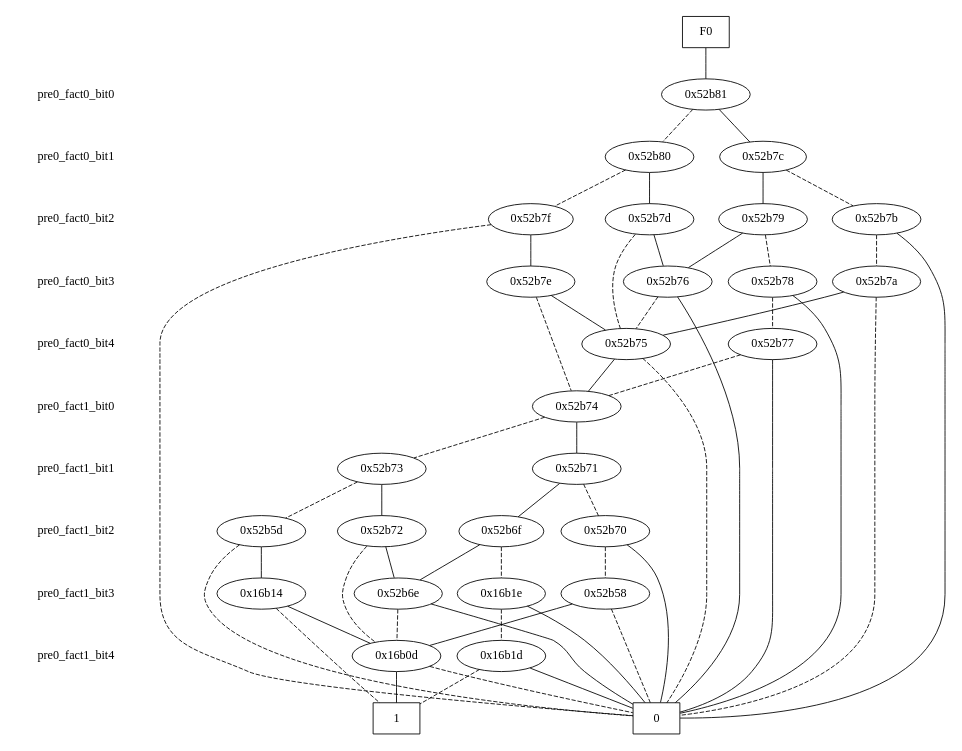
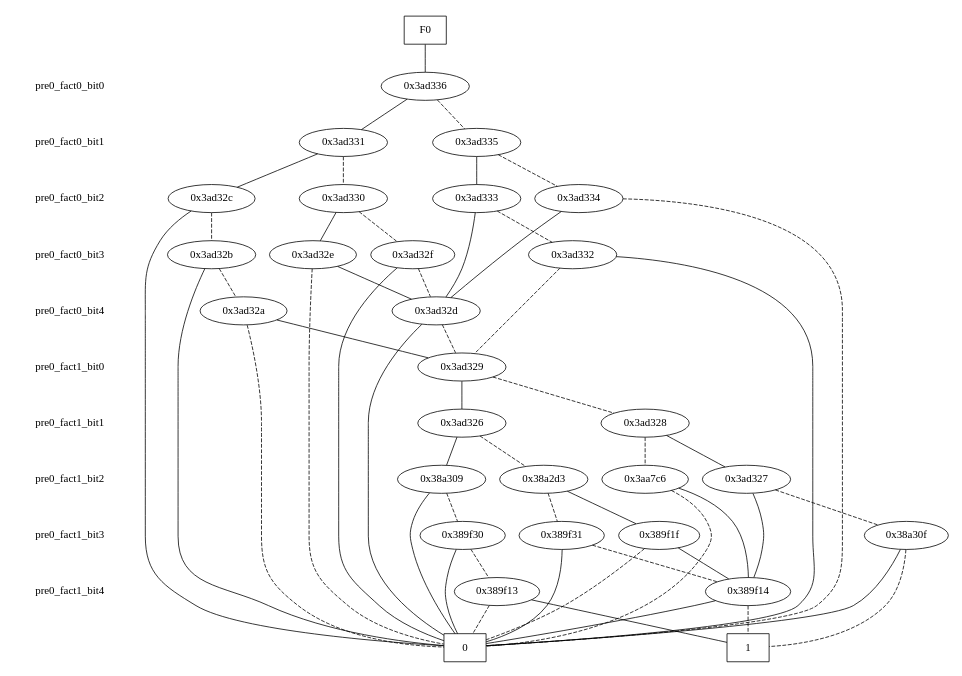
One commit to galvusdamor/downward-hm changed the diagram in current_state0.dot. Above: the diagram before and after it, drawn with Graphviz. The commit also changed 30 other files, not shown here.

```diff
--- a/current_state0.dot
+++ b/current_state0.dot
@@ -1,118 +1,118 @@
 digraph "DD" {
 size = "7.5,10"
 center = true;
 edge [dir = none];
 { node [shape = plaintext];
   edge [style = invis];
   "CONST NODES" [style = invis];
 " pre0_fact0_bit0 " -> " pre0_fact0_bit1 " -> " pre0_fact0_bit2 " -> " pre0_fact0_bit3 " -> " pre0_fact0_bit4 " -> " pre0_fact1_bit0 " -> " pre0_fact1_bit1 " -> " pre0_fact1_bit2 " -> " pre0_fact1_bit3 " -> " pre0_fact1_bit4 " -> "CONST NODES"; 
 }
 { rank = same; node [shape = box]; edge [style = invis];
 "F0"; }
 { rank = same; " pre0_fact0_bit0 ";
-"0x52b81";
+"0x3ad336";
 }
 { rank = same; " pre0_fact0_bit1 ";
-"0x52b7c";
-"0x52b80";
+"0x3ad331";
+"0x3ad335";
 }
 { rank = same; " pre0_fact0_bit2 ";
-"0x52b7d";
-"0x52b79";
-"0x52b7b";
-"0x52b7f";
+"0x3ad32c";
+"0x3ad330";
+"0x3ad334";
+"0x3ad333";
 }
 { rank = same; " pre0_fact0_bit3 ";
-"0x52b7a";
-"0x52b76";
-"0x52b78";
-"0x52b7e";
+"0x3ad32f";
+"0x3ad32e";
+"0x3ad332";
+"0x3ad32b";
 }
 { rank = same; " pre0_fact0_bit4 ";
-"0x52b77";
-"0x52b75";
+"0x3ad32a";
+"0x3ad32d";
 }
 { rank = same; " pre0_fact1_bit0 ";
-"0x52b74";
+"0x3ad329";
 }
 { rank = same; " pre0_fact1_bit1 ";
-"0x52b73";
-"0x52b71";
+"0x3ad328";
+"0x3ad326";
 }
 { rank = same; " pre0_fact1_bit2 ";
-"0x52b72";
-"0x52b5d";
-"0x52b70";
-"0x52b6f";
+"0x38a309";
+"0x3ad327";
+"0x38a2d3";
+"0x3aa7c6";
 }
 { rank = same; " pre0_fact1_bit3 ";
-"0x16b1e";
-"0x52b6e";
-"0x16b14";
-"0x52b58";
+"0x38a30f";
+"0x389f30";
+"0x389f31";
+"0x389f1f";
 }
 { rank = same; " pre0_fact1_bit4 ";
-"0x16b1d";
-"0x16b0d";
+"0x389f14";
+"0x389f13";
 }
 { rank = same; "CONST NODES";
-{ node [shape = box]; "0x16a9c";
-"0x16a9b";
+{ node [shape = box]; "0x36e91c";
+"0x36e91b";
 }
 }
-"F0" -> "0x52b81" [style = solid];
-"0x52b81" -> "0x52b7c";
-"0x52b81" -> "0x52b80" [style = dashed];
-"0x52b7c" -> "0x52b79";
-"0x52b7c" -> "0x52b7b" [style = dashed];
-"0x52b80" -> "0x52b7d";
-"0x52b80" -> "0x52b7f" [style = dashed];
-"0x52b7d" -> "0x52b76";
-"0x52b7d" -> "0x52b75" [style = dashed];
-"0x52b79" -> "0x52b76";
-"0x52b79" -> "0x52b78" [style = dashed];
-"0x52b7b" -> "0x16a9c";
-"0x52b7b" -> "0x52b7a" [style = dashed];
-"0x52b7f" -> "0x52b7e";
-"0x52b7f" -> "0x16a9c" [style = dashed];
-"0x52b7a" -> "0x52b75";
-"0x52b7a" -> "0x16a9c" [style = dashed];
-"0x52b76" -> "0x16a9c";
-"0x52b76" -> "0x52b75" [style = dashed];
-"0x52b78" -> "0x16a9c";
-"0x52b78" -> "0x52b77" [style = dashed];
-"0x52b7e" -> "0x52b75";
-"0x52b7e" -> "0x52b74" [style = dashed];
-"0x52b77" -> "0x16a9c";
-"0x52b77" -> "0x52b74" [style = dashed];
-"0x52b75" -> "0x52b74";
-"0x52b75" -> "0x16a9c" [style = dashed];
-"0x52b74" -> "0x52b71";
-"0x52b74" -> "0x52b73" [style = dashed];
-"0x52b73" -> "0x52b72";
-"0x52b73" -> "0x52b5d" [style = dashed];
-"0x52b71" -> "0x52b6f";
-"0x52b71" -> "0x52b70" [style = dashed];
-"0x52b72" -> "0x52b6e";
-"0x52b72" -> "0x16b0d" [style = dashed];
-"0x52b5d" -> "0x16b14";
-"0x52b5d" -> "0x16a9c" [style = dashed];
-"0x52b70" -> "0x16a9c";
-"0x52b70" -> "0x52b58" [style = dashed];
-"0x52b6f" -> "0x52b6e";
-"0x52b6f" -> "0x16b1e" [style = dashed];
-"0x16b1e" -> "0x16a9c";
-"0x16b1e" -> "0x16b1d" [style = dashed];
-"0x52b6e" -> "0x16a9c";
-"0x52b6e" -> "0x16b0d" [style = dashed];
-"0x16b14" -> "0x16b0d";
-"0x16b14" -> "0x16a9b" [style = dashed];
-"0x52b58" -> "0x16b0d";
-"0x52b58" -> "0x16a9c" [style = dashed];
-"0x16b1d" -> "0x16a9c";
-"0x16b1d" -> "0x16a9b" [style = dashed];
-"0x16b0d" -> "0x16a9b";
-"0x16b0d" -> "0x16a9c" [style = dashed];
-"0x16a9c" [label = "0"];
-"0x16a9b" [label = "1"];
+"F0" -> "0x3ad336" [style = solid];
+"0x3ad336" -> "0x3ad331";
+"0x3ad336" -> "0x3ad335" [style = dashed];
+"0x3ad331" -> "0x3ad32c";
+"0x3ad331" -> "0x3ad330" [style = dashed];
+"0x3ad335" -> "0x3ad333";
+"0x3ad335" -> "0x3ad334" [style = dashed];
+"0x3ad32c" -> "0x36e91c";
+"0x3ad32c" -> "0x3ad32b" [style = dashed];
+"0x3ad330" -> "0x3ad32e";
+"0x3ad330" -> "0x3ad32f" [style = dashed];
+"0x3ad334" -> "0x3ad32d";
+"0x3ad334" -> "0x36e91c" [style = dashed];
+"0x3ad333" -> "0x3ad32d";
+"0x3ad333" -> "0x3ad332" [style = dashed];
+"0x3ad32f" -> "0x36e91c";
+"0x3ad32f" -> "0x3ad32d" [style = dashed];
+"0x3ad32e" -> "0x3ad32d";
+"0x3ad32e" -> "0x36e91c" [style = dashed];
+"0x3ad332" -> "0x36e91c";
+"0x3ad332" -> "0x3ad329" [style = dashed];
+"0x3ad32b" -> "0x36e91c";
+"0x3ad32b" -> "0x3ad32a" [style = dashed];
+"0x3ad32a" -> "0x3ad329";
+"0x3ad32a" -> "0x36e91c" [style = dashed];
+"0x3ad32d" -> "0x36e91c";
+"0x3ad32d" -> "0x3ad329" [style = dashed];
+"0x3ad329" -> "0x3ad326";
+"0x3ad329" -> "0x3ad328" [style = dashed];
+"0x3ad328" -> "0x3ad327";
+"0x3ad328" -> "0x3aa7c6" [style = dashed];
+"0x3ad326" -> "0x38a309";
+"0x3ad326" -> "0x38a2d3" [style = dashed];
+"0x38a309" -> "0x36e91c";
+"0x38a309" -> "0x389f30" [style = dashed];
+"0x3ad327" -> "0x389f14";
+"0x3ad327" -> "0x38a30f" [style = dashed];
+"0x38a2d3" -> "0x389f1f";
+"0x38a2d3" -> "0x389f31" [style = dashed];
+"0x3aa7c6" -> "0x389f14";
+"0x3aa7c6" -> "0x36e91c" [style = dashed];
+"0x38a30f" -> "0x36e91c";
+"0x38a30f" -> "0x36e91b" [style = dashed];
+"0x389f30" -> "0x36e91c";
+"0x389f30" -> "0x389f13" [style = dashed];
+"0x389f31" -> "0x36e91c";
+"0x389f31" -> "0x389f14" [style = dashed];
+"0x389f1f" -> "0x389f14";
+"0x389f1f" -> "0x36e91c" [style = dashed];
+"0x389f14" -> "0x36e91c";
+"0x389f14" -> "0x36e91b" [style = dashed];
+"0x389f13" -> "0x36e91b";
+"0x389f13" -> "0x36e91c" [style = dashed];
+"0x36e91c" [label = "0"];
+"0x36e91b" [label = "1"];
 }
```
